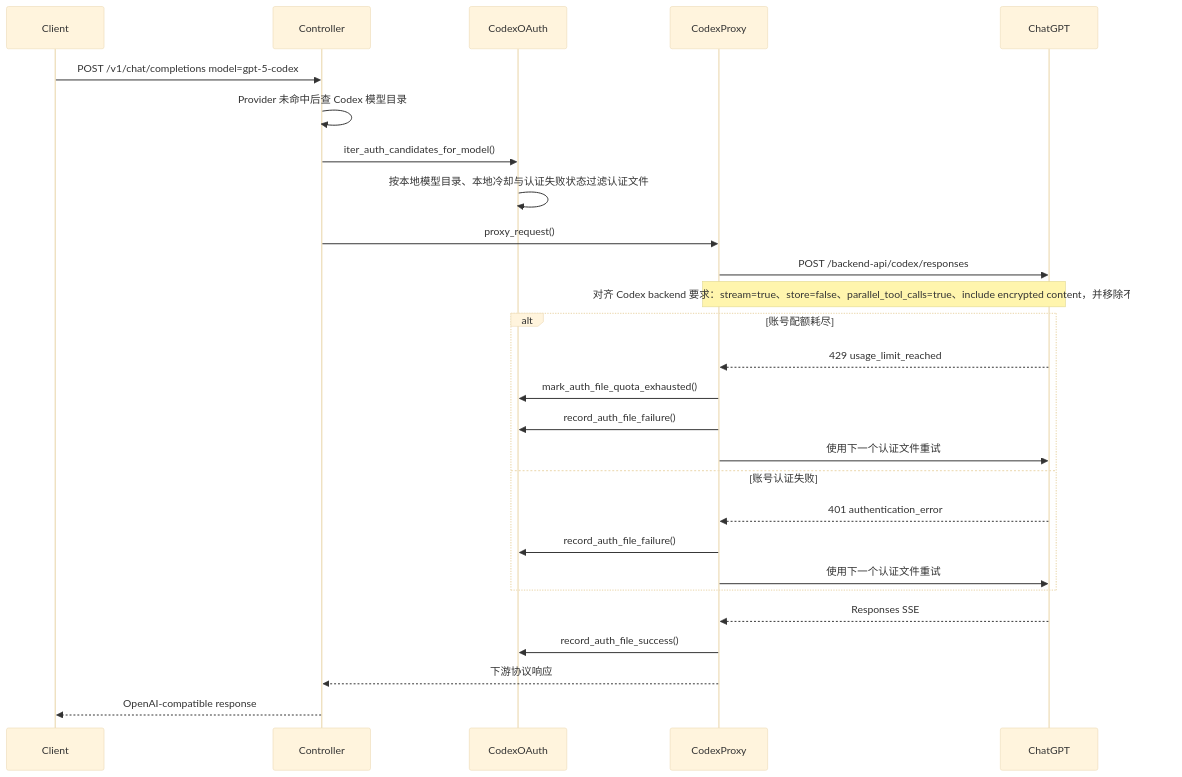
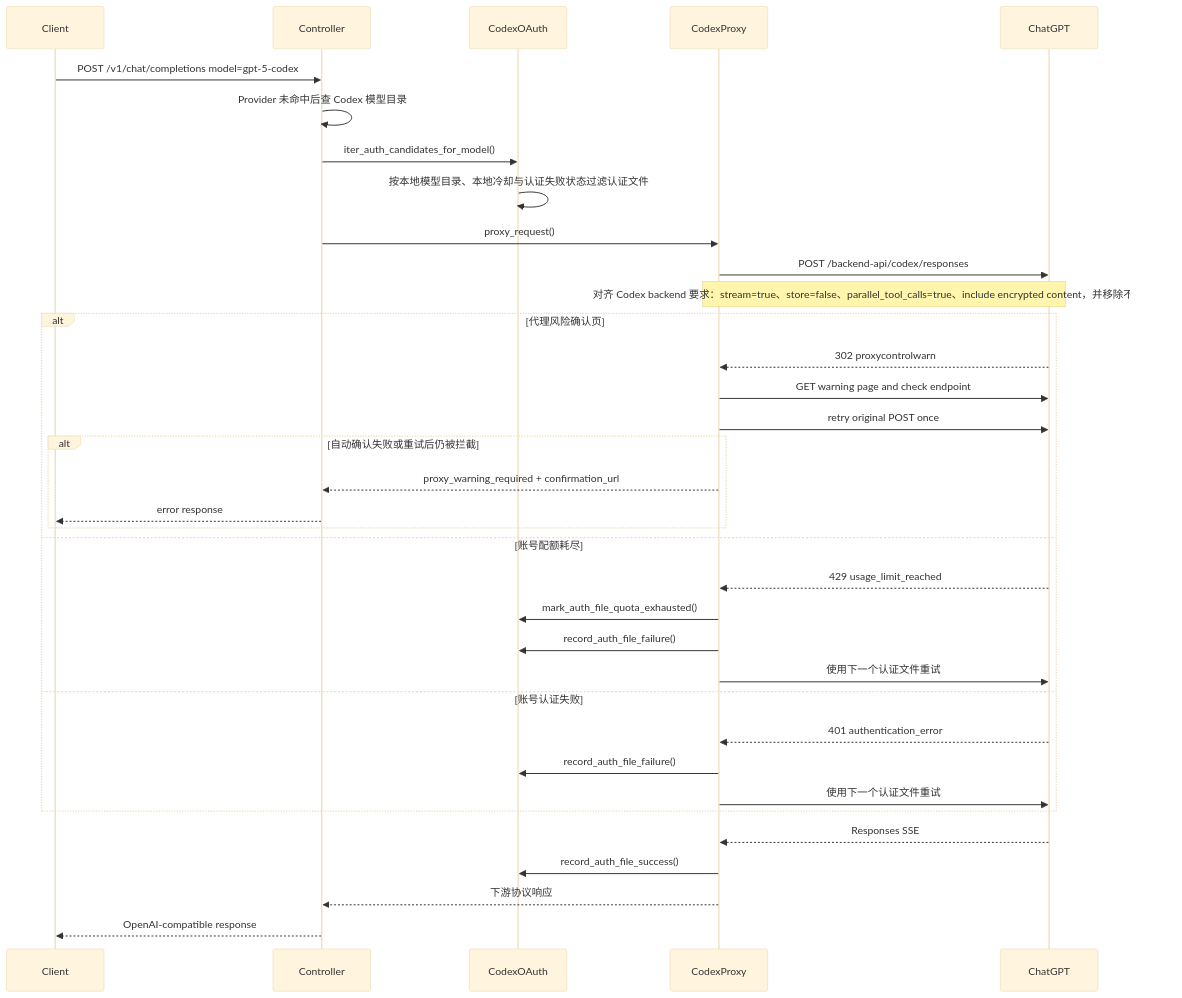
One commit to VonSdite/LLM_Proxy changed the second of 3 diagrams in docs/architecture-4plus1.md. Above: the diagram before and after it, drawn with Mermaid (base theme). The commit also changed other lines of this file and 15 other files, not shown here.

Commit message:
fix proxy warning

````diff
--- a/docs/architecture-4plus1.md
+++ b/docs/architecture-4plus1.md
@@ -522,30 +525,38 @@
 ```mermaid
 sequenceDiagram
     participant Client
     participant Controller
     participant CodexOAuth
     participant CodexProxy
     participant ChatGPT
 
     Client->>Controller: POST /v1/chat/completions model=gpt-5-codex
     Controller->>Controller: Provider 未命中后查 Codex 模型目录
     Controller->>CodexOAuth: iter_auth_candidates_for_model()
     CodexOAuth->>CodexOAuth: 按本地模型目录、本地冷却与认证失败状态过滤认证文件
     Controller->>CodexProxy: proxy_request()
     CodexProxy->>ChatGPT: POST /backend-api/codex/responses
     Note over CodexProxy,ChatGPT: 对齐 Codex backend 要求：stream=true、store=false、parallel_tool_calls=true、include encrypted content，并移除不支持字段
-    alt 账号配额耗尽
+    alt 代理风险确认页
+        ChatGPT-->>CodexProxy: 302 proxycontrolwarn
+        CodexProxy->>ChatGPT: GET warning page and check endpoint
+        CodexProxy->>ChatGPT: retry original POST once
+        alt 自动确认失败或重试后仍被拦截
+            CodexProxy-->>Controller: proxy_warning_required + confirmation_url
+            Controller-->>Client: error response
+        end
+    else 账号配额耗尽
         ChatGPT-->>CodexProxy: 429 usage_limit_reached
         CodexProxy->>CodexOAuth: mark_auth_file_quota_exhausted()
         CodexProxy->>CodexOAuth: record_auth_file_failure()
         CodexProxy->>ChatGPT: 使用下一个认证文件重试
     else 账号认证失败
         ChatGPT-->>CodexProxy: 401 authentication_error
         CodexProxy->>CodexOAuth: record_auth_file_failure()
         CodexProxy->>ChatGPT: 使用下一个认证文件重试
     end
     ChatGPT-->>CodexProxy: Responses SSE
     CodexProxy->>CodexOAuth: record_auth_file_success()
     CodexProxy-->>Controller: 下游协议响应
     Controller-->>Client: OpenAI-compatible response
 ```
````
